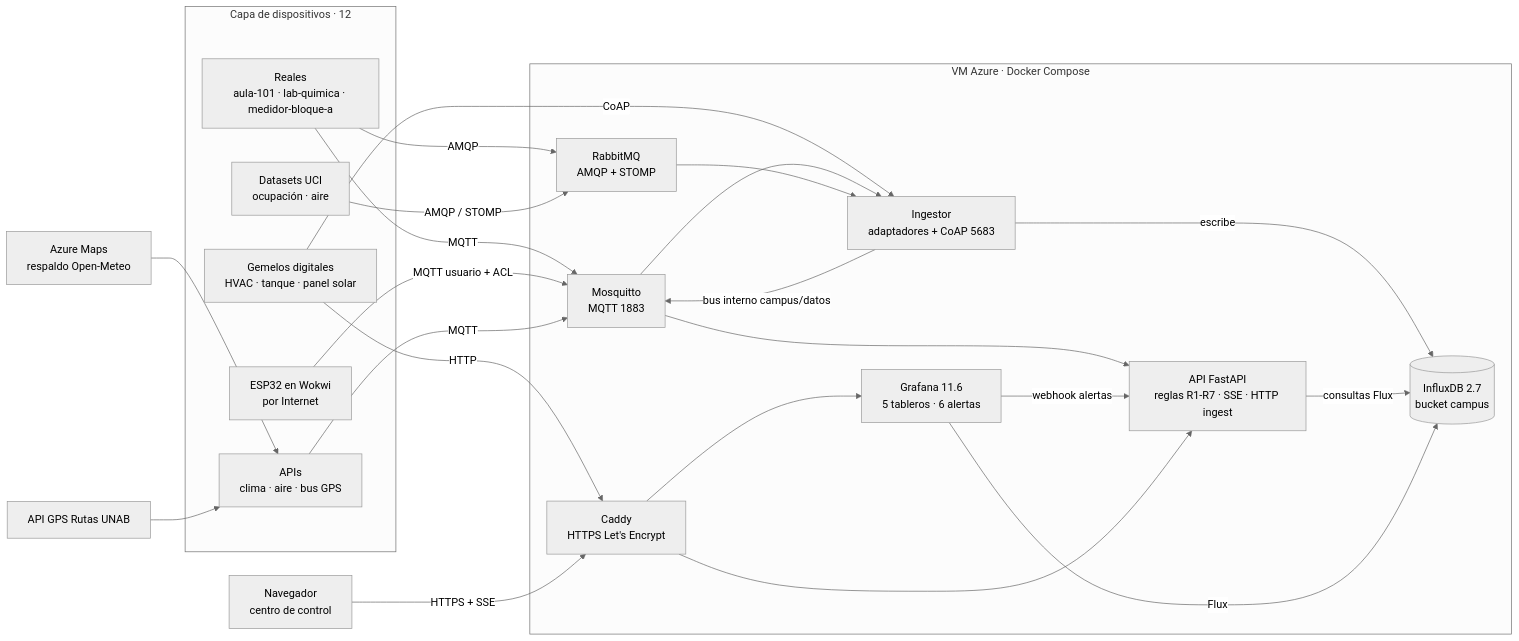
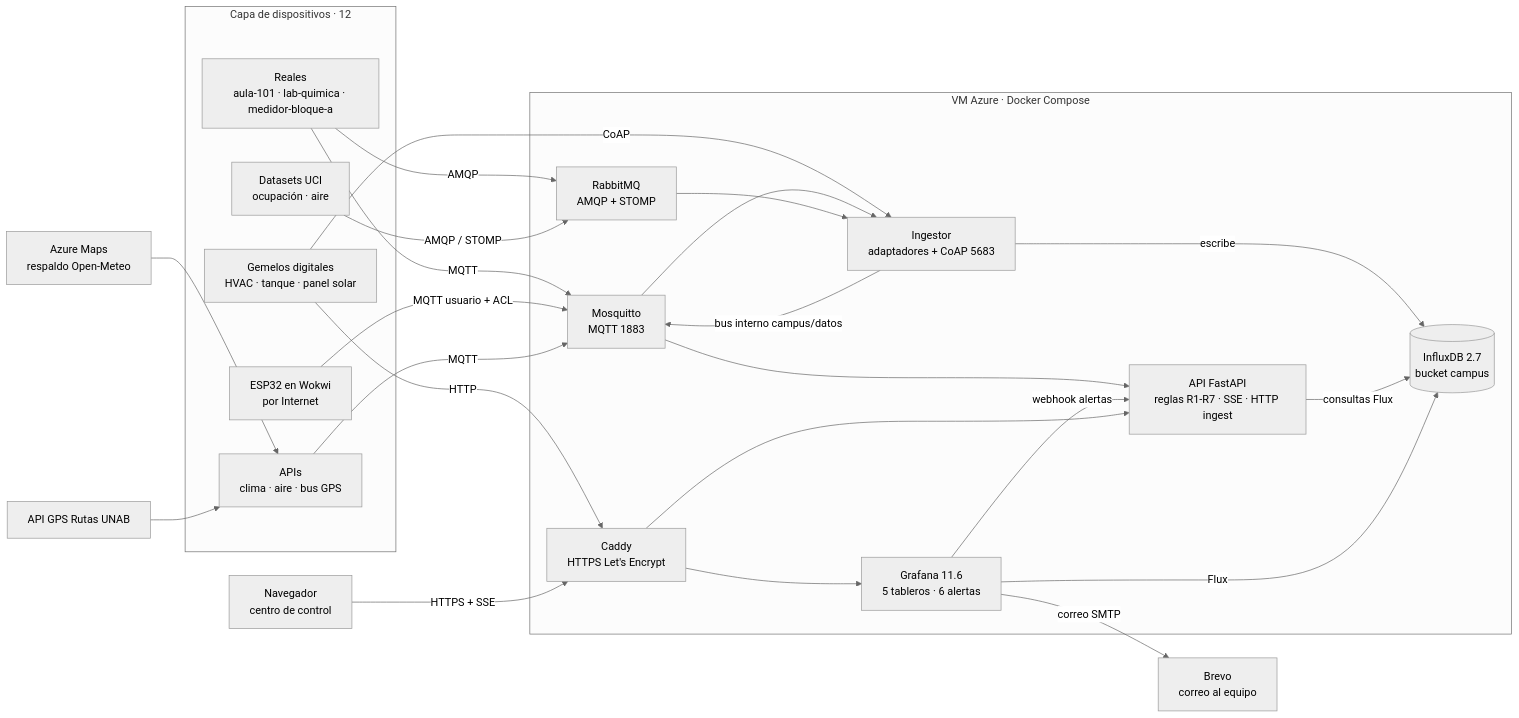
One commit to Daniverd15/CampusSense-IoT changed the first of 3 diagrams in docs/ARQUITECTURA.md. Above: the diagram before and after it, drawn with Mermaid (neutral theme). The commit also changed other lines of this file and 13 other files, not shown here.

First line of the commit message:
Alertas de Grafana tambien por correo (Brevo SMTP) al equipo

````diff
--- a/docs/ARQUITECTURA.md
+++ b/docs/ARQUITECTURA.md
@@ -9,39 +9,40 @@
 ```mermaid
 flowchart LR
   subgraph DEV[Capa de dispositivos · 12]
     R[Reales<br/>aula-101 · lab-quimica · medidor-bloque-a]
     E[ESP32 en Wokwi<br/>por Internet]
     G[Gemelos digitales<br/>HVAC · tanque · panel solar]
     A[APIs<br/>clima · aire · bus GPS]
     D[Datasets UCI<br/>ocupación · aire]
   end
   subgraph VM[VM Azure · Docker Compose]
     MQ[Mosquitto<br/>MQTT 1883]
     RB[RabbitMQ<br/>AMQP + STOMP]
     IN[Ingestor<br/>adaptadores + CoAP 5683]
     API[API FastAPI<br/>reglas R1-R7 · SSE · HTTP ingest]
     DB[(InfluxDB 2.7<br/>bucket campus)]
     GF[Grafana 11.6<br/>5 tableros · 6 alertas]
     CD[Caddy<br/>HTTPS Let's Encrypt]
   end
   AZ[Azure Maps<br/>respaldo Open-Meteo] --> A
   BUS[API GPS Rutas UNAB] --> A
   R -- MQTT --> MQ
   E -- MQTT usuario + ACL --> MQ
   A -- MQTT --> MQ
   R -- AMQP --> RB
   D -- AMQP / STOMP --> RB
   G -- CoAP --> IN
   G -- HTTP --> CD
   MQ --> IN
   RB --> IN
   IN -- escribe --> DB
   IN -- bus interno campus/datos --> MQ
   MQ --> API
   API -- consultas Flux --> DB
   GF -- Flux --> DB
   GF -- webhook alertas --> API
+  GF -- correo SMTP --> BR[Brevo<br/>correo al equipo]
   CD --> API
   CD --> GF
   U[Navegador<br/>centro de control] -- HTTPS + SSE --> CD
 ```
````
